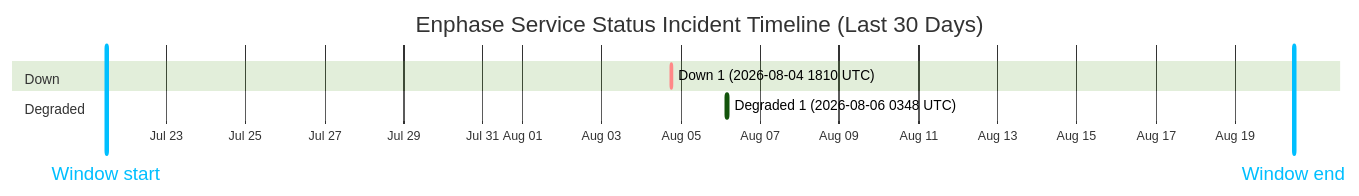
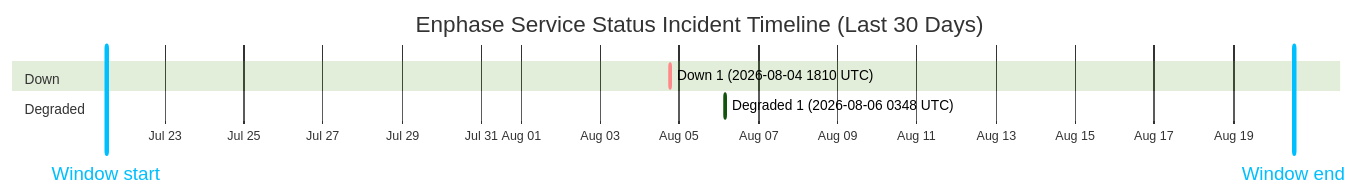
The diagram in wiki/Service-Status-History.md (barneyonline/ha-enphase-energy), drawn with Mermaid (forest theme) before and after one commit. The commit also changed other lines of this file and 3 other files, not shown here.

````diff
--- a/wiki/Service-Status-History.md
+++ b/wiki/Service-Status-History.md
@@ -14,12 +14,12 @@
 ```mermaid
 gantt
     title Enphase Service Status Incident Timeline (Last 30 Days)
     dateFormat  YYYY-MM-DDTHH:mm:ss
     axisFormat  %b %d
-    Window start :vert, window-start, 2026-07-21T11:32:01, 0ms
-    Window end :vert, window-end, 2026-08-20T11:32:01, 0ms
+    Window start :vert, window-start, 2026-07-21T12:44:17, 0ms
+    Window end :vert, window-end, 2026-08-20T12:44:17, 0ms
     section Down
     Down 1 (2026-08-04 1810 UTC) :crit, down-1, 2026-08-04T18:10:46, 60m
     section Degraded
     Degraded 1 (2026-08-06 0348 UTC) :active, degraded-1, 2026-08-06T03:48:14, 60m
 ```
````
